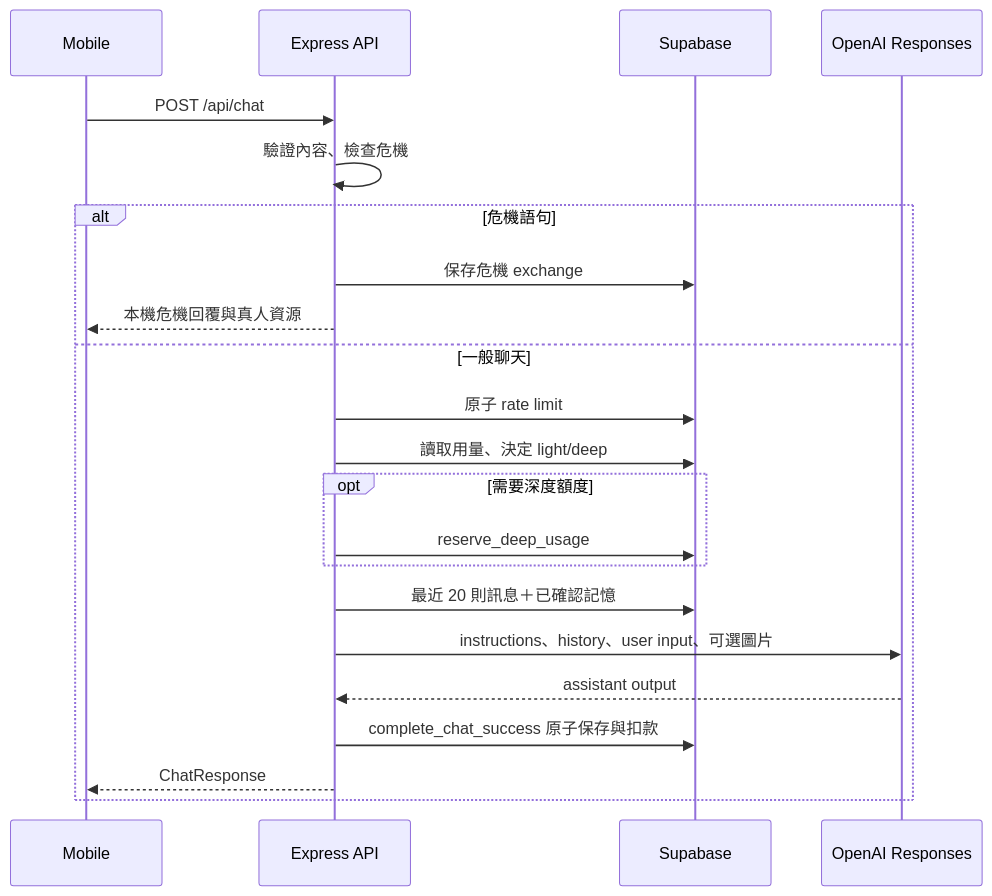
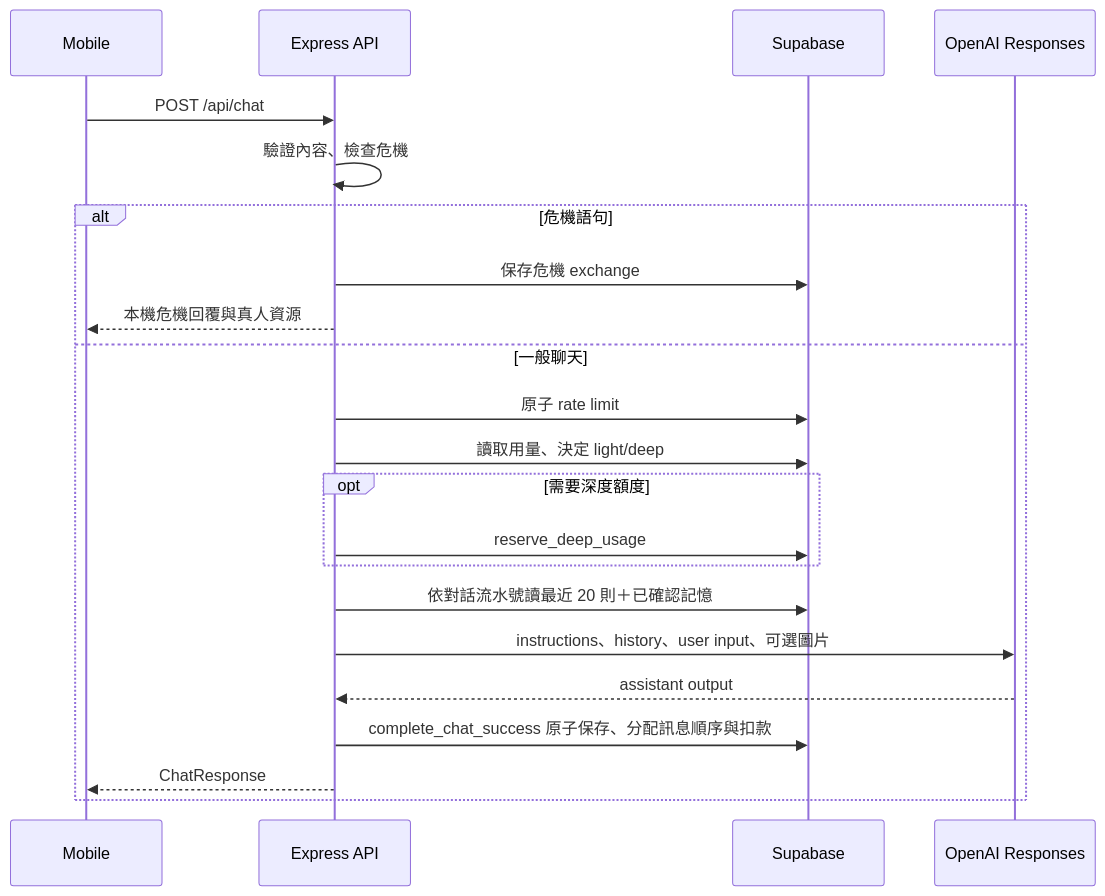
One commit to Live-Rocks/softplace changed the second of 4 diagrams in docs/ARCHITECTURE.md. Above: the diagram before and after it, drawn with Mermaid. The commit also changed 11 other files, not shown here.

````diff
--- a/docs/ARCHITECTURE.md
+++ b/docs/ARCHITECTURE.md
@@ -45,25 +45,25 @@
 ```mermaid
 sequenceDiagram
     participant M as Mobile
     participant S as Express API
     participant DB as Supabase
     participant O as OpenAI Responses
 
     M->>S: POST /api/chat
     S->>S: 驗證內容、檢查危機
     alt 危機語句
         S->>DB: 保存危機 exchange
         S-->>M: 本機危機回覆與真人資源
     else 一般聊天
         S->>DB: 原子 rate limit
         S->>DB: 讀取用量、決定 light/deep
         opt 需要深度額度
             S->>DB: reserve_deep_usage
         end
-        S->>DB: 最近 20 則訊息＋已確認記憶
+        S->>DB: 依對話流水號讀最近 20 則＋已確認記憶
         S->>O: instructions、history、user input、可選圖片
         O-->>S: assistant output
-        S->>DB: complete_chat_success 原子保存與扣款
+        S->>DB: complete_chat_success 原子保存、分配訊息順序與扣款
         S-->>M: ChatResponse
     end
 ```
````
